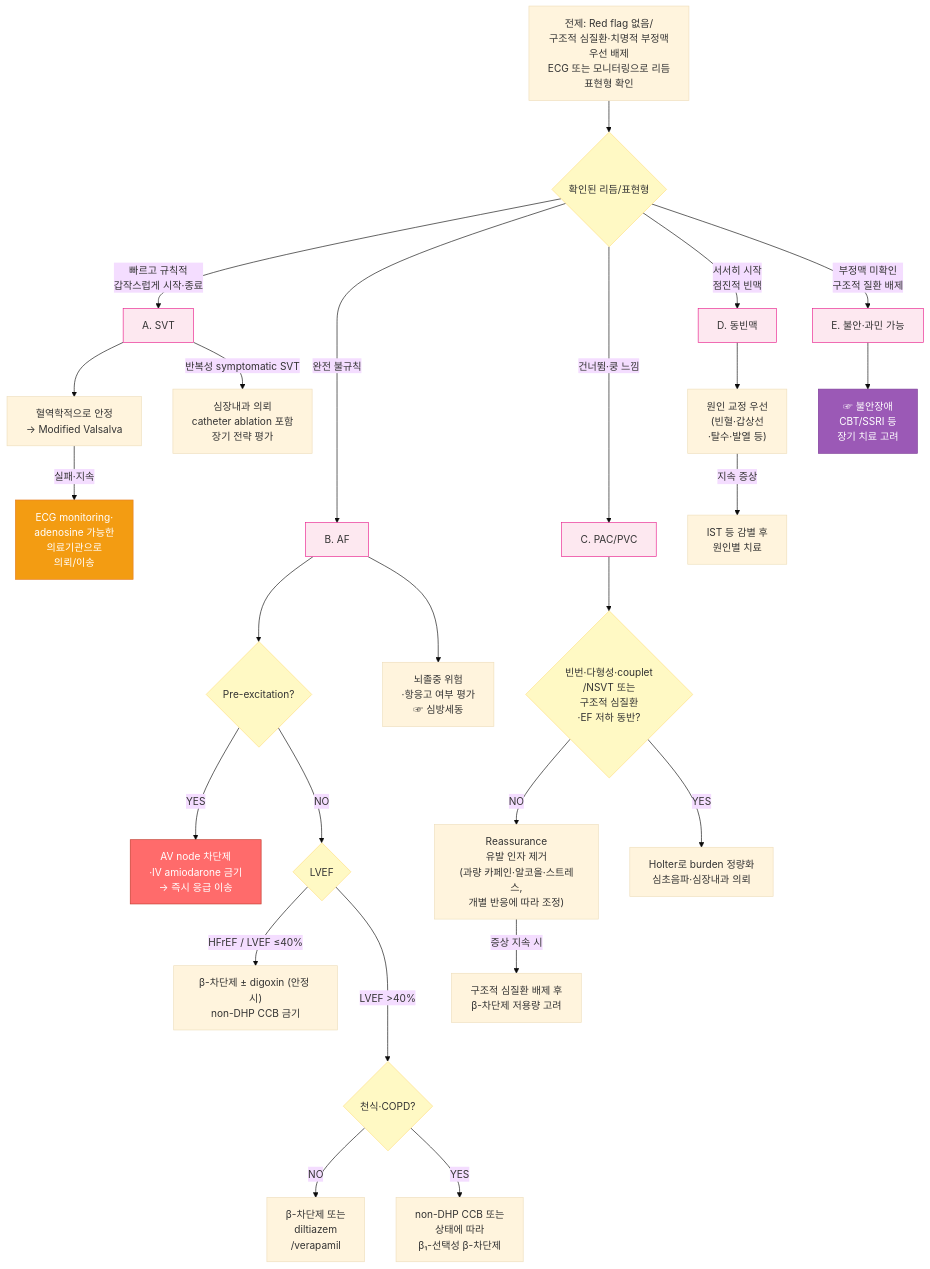
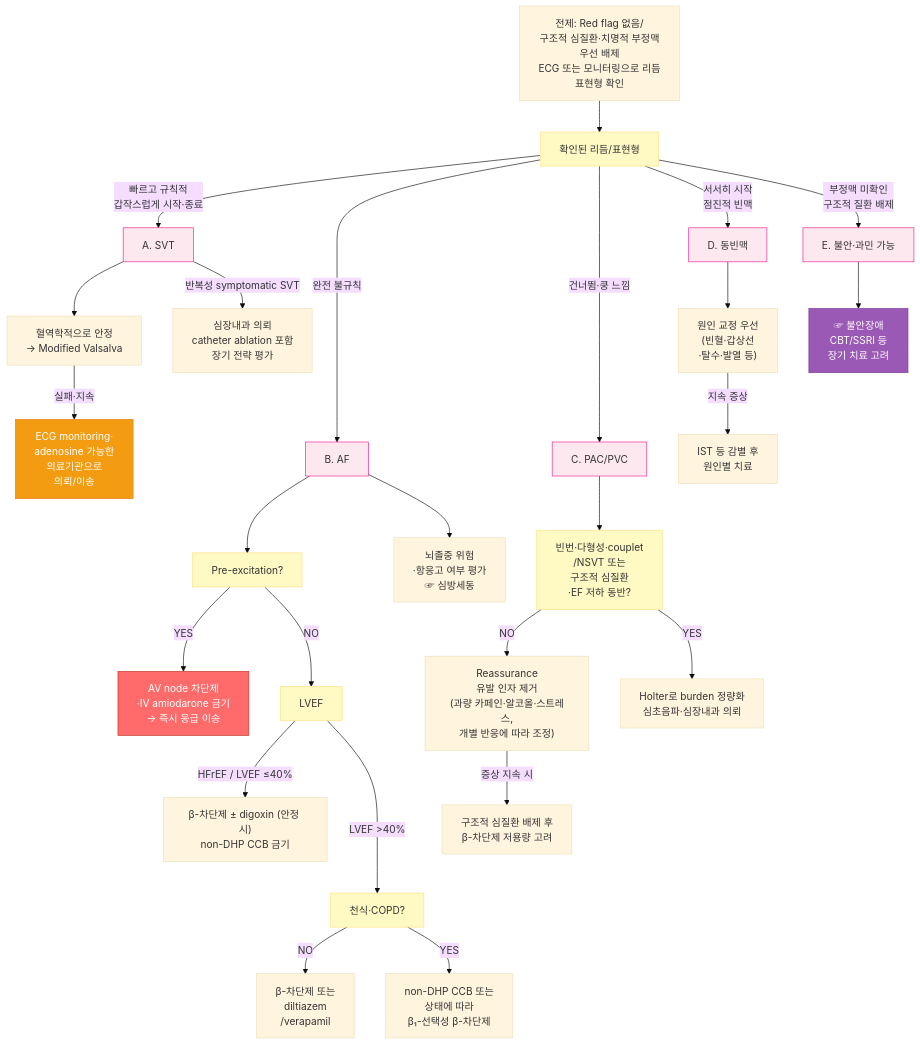
Before and after one commit to familyoh77/familyoh77: the diagram in 220_/009_-palpitation.md, drawn with Mermaid (base theme). The commit also changed other lines of this file, not shown here.

````diff
--- a/220_/009_-palpitation.md
+++ b/220_/009_-palpitation.md
@@ -194,34 +194,34 @@
 ```mermaid
 graph TD
-    Start["전제: Red flag 없음/<br/>구조적 심질환·치명적 부정맥 <br/>우선 배제<br/>ECG 또는 모니터링으로 리듬 <br/>표현형 확인"] --> Rhythm{확인된 리듬/표현형}
+    Start["전제: Red flag 없음/<br/>구조적 심질환·치명적 부정맥 <br/>우선 배제<br/>ECG 또는 모니터링으로 리듬 <br/>표현형 확인"] --> Rhythm[확인된 리듬/표현형]
     Rhythm -->|"빠르고 규칙적<br/>갑작스럽게 시작·종료"| SVT["A. SVT"]
     Rhythm ---->|"완전 불규칙"| AF["B. AF"]
     Rhythm ---->|"건너뜀·쿵 느낌"| PVC["C. PAC/PVC"]
     Rhythm -->|"서서히 시작<br/>점진적 빈맥"| Sinus["D. 동빈맥"]
     Rhythm -->|"부정맥 미확인<br/>구조적 질환 배제"| Anxiety["E. 불안·과민 가능"]
     SVT --> Vagal["혈역학적으로 안정<br/>→ Modified Valsalva"]
     Vagal -->|"실패·지속"| ER1["ECG monitoring·<br/>adenosine 가능한<br/>의료기관으로 <br/>의뢰/이송"]
     SVT -->|"반복성 symptomatic SVT"| SVTref["심장내과 의뢰<br/>catheter ablation 포함 <br/>장기 전략 평가"]
-    AF --> PreEx{"Pre-excitation?"}
+    AF --> PreEx["Pre-excitation?"]
     PreEx -->|"YES"| WPW["AV node 차단제<br/>·IV amiodarone 금기<br/>→ 즉시 응급 이송"]
-    PreEx -->|"NO"| EF{"LVEF"}
+    PreEx -->|"NO"| EF["LVEF"]
     EF -->|"HFrEF / LVEF ≤40%"| AFhf["β-차단제 ± digoxin (안정 시)<br/>non-DHP CCB 금기"]
-    EF --->|"LVEF >40%"| Resp{"천식·COPD?"}
+    EF --->|"LVEF >40%"| Resp["천식·COPD?"]
     Resp -->|"NO"| AFnormal["β-차단제 또는<br/>diltiazem<br/>/verapamil"]
     Resp -->|"YES"| AFcopd["non-DHP CCB 또는<br/>상태에 따라 <br/>β₁-선택성 β-차단제"]
     AF --> Stroke["뇌졸중 위험<br/>·항응고 여부 평가<br/>☞ 심방세동"]
-    PVC --> PVCBurden{"빈번·다형성·couplet<br/>/NSVT 또는<br/> 구조적 심질환<br/>·EF 저하 동반?"}
+    PVC --> PVCBurden["빈번·다형성·couplet<br/>/NSVT 또는<br/> 구조적 심질환<br/>·EF 저하 동반?"]
     PVCBurden -->|"NO"| PVC1["Reassurance<br/>유발 인자 제거<br/>(과량 카페인·알코올·스트레스,<br/>개별 반응에 따라 조정)"]
     PVC1 -->|"증상 지속 시"| BB3["구조적 심질환 배제 후<br/>β-차단제 저용량 고려"]
     PVCBurden -->|"YES"| PVCref["Holter로 burden 정량화<br/>심초음파·심장내과 의뢰"]
     Sinus --> Sinus1["원인 교정 우선<br/>(빈혈·갑상선<br/>·탈수·발열 등)"]
     Sinus1 -->|"지속 증상"| Sinus2["IST 등 감별 후<br/>원인별 치료"]
     Anxiety --> Anxiety1["☞ 불안장애<br/>CBT/SSRI 등 <br/>장기 치료 고려"]
     style WPW fill:#ff6b6b,stroke:#c0392b,color:#fff
     style ER1 fill:#f39c12,stroke:#e67e22,color:#fff
     style Anxiety1 fill:#9b59b6,stroke:#7d3c98,color:#fff
 classDef yellow fill:#fff9c4,stroke:#ffe082
 class PreEx,Rhythm,EF,Resp,PVCBurden yellow
 classDef pink fill:#fde8f0,stroke:#e91e8c
 class SVT,AF,PVC,Sinus,Anxiety pink
 ```
````
